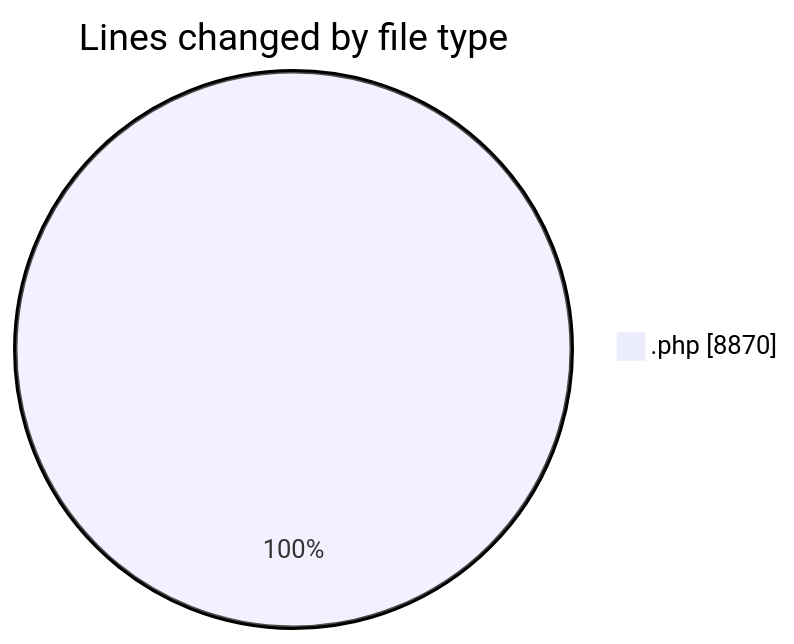
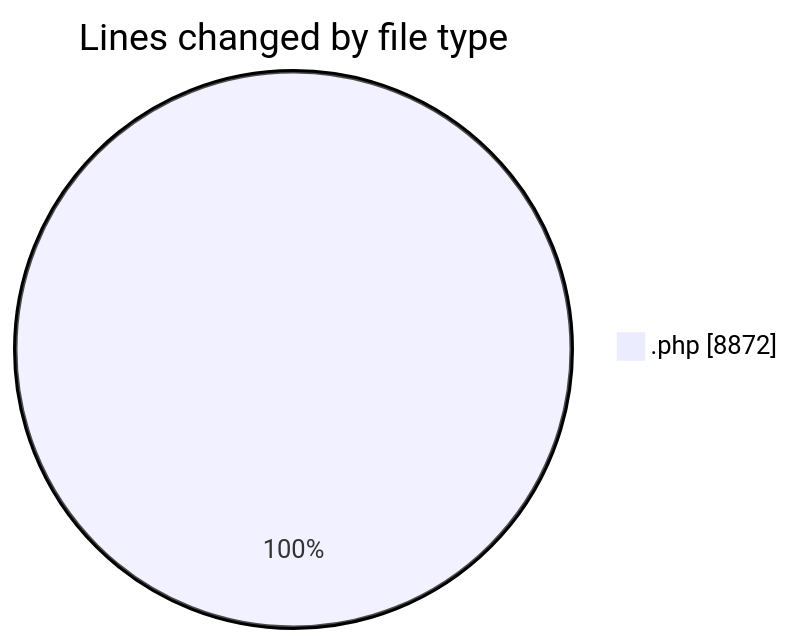
One commit to vahidmafi/code-tracking changed the first of 2 diagrams in 2025-04-10/zeytoon/README.md. Above: the diagram before and after it, drawn with Mermaid. The commit also changed other lines of this file and 1 other file, not shown here.

````diff
--- a/2025-04-10/zeytoon/README.md
+++ b/2025-04-10/zeytoon/README.md
@@ -30,5 +30,5 @@
 ```mermaid
 pie showData
 title Lines changed by file type
-".php" : 8870
+".php" : 8872
 ```
````
